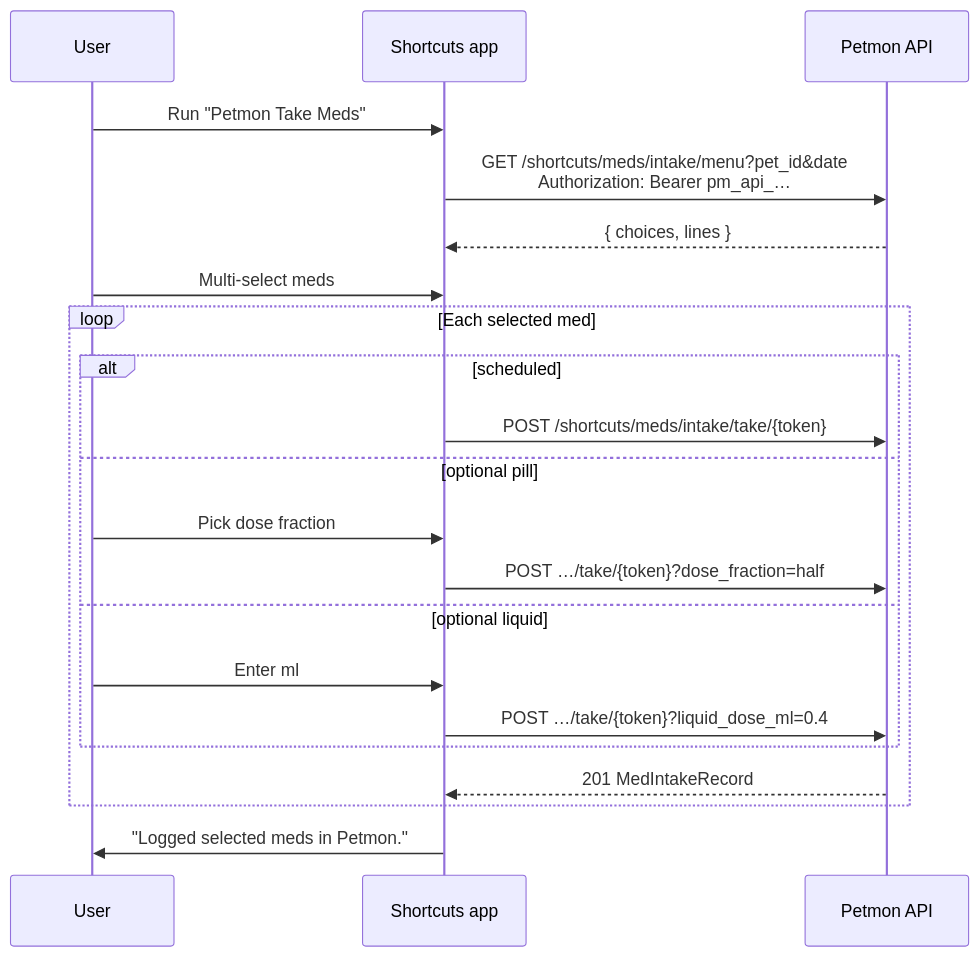
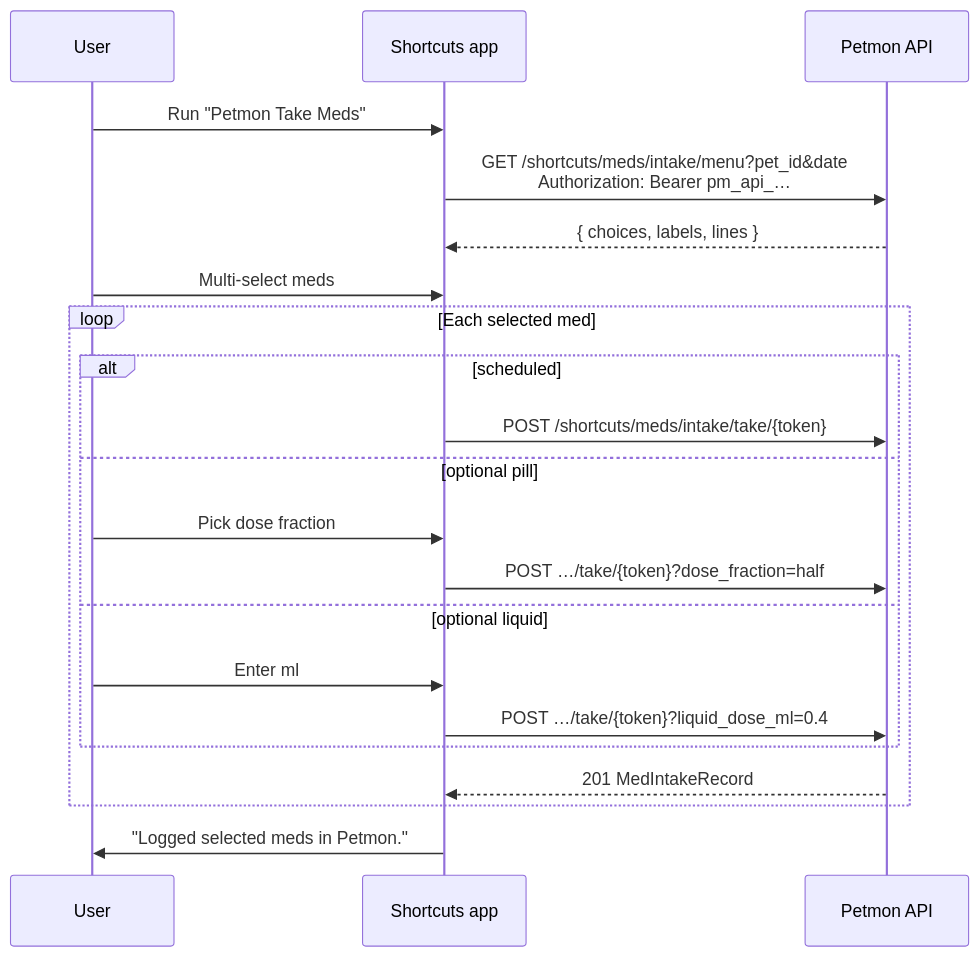
Before and after one commit to j0rsa/petmon: the diagram in docs/apple-shortcut-med-intake.md, drawn with Mermaid. The commit also changed other lines of this file and 5 other files, not shown here.

First line of the commit message:
fix: med intake shortcut picker labels and control flow wiring

````diff
--- a/docs/apple-shortcut-med-intake.md
+++ b/docs/apple-shortcut-med-intake.md
@@ -9,24 +9,24 @@
 ```mermaid
 sequenceDiagram
   participant User
   participant Shortcuts as Shortcuts app
   participant API as Petmon API
 
   User->>Shortcuts: Run "Petmon Take Meds"
   Shortcuts->>API: GET /shortcuts/meds/intake/menu?pet_id&date<br/>Authorization: Bearer pm_api_…
-  API-->>Shortcuts: { choices, lines }
+  API-->>Shortcuts: { choices, labels, lines }
   User->>Shortcuts: Multi-select meds
   loop Each selected med
     alt scheduled
       Shortcuts->>API: POST /shortcuts/meds/intake/take/{token}
     else optional pill
       User->>Shortcuts: Pick dose fraction
       Shortcuts->>API: POST …/take/{token}?dose_fraction=half
     else optional liquid
       User->>Shortcuts: Enter ml
       Shortcuts->>API: POST …/take/{token}?liquid_dose_ml=0.4
     end
     API-->>Shortcuts: 201 MedIntakeRecord
   end
   Shortcuts->>User: "Logged selected meds in Petmon."
 ```
````
